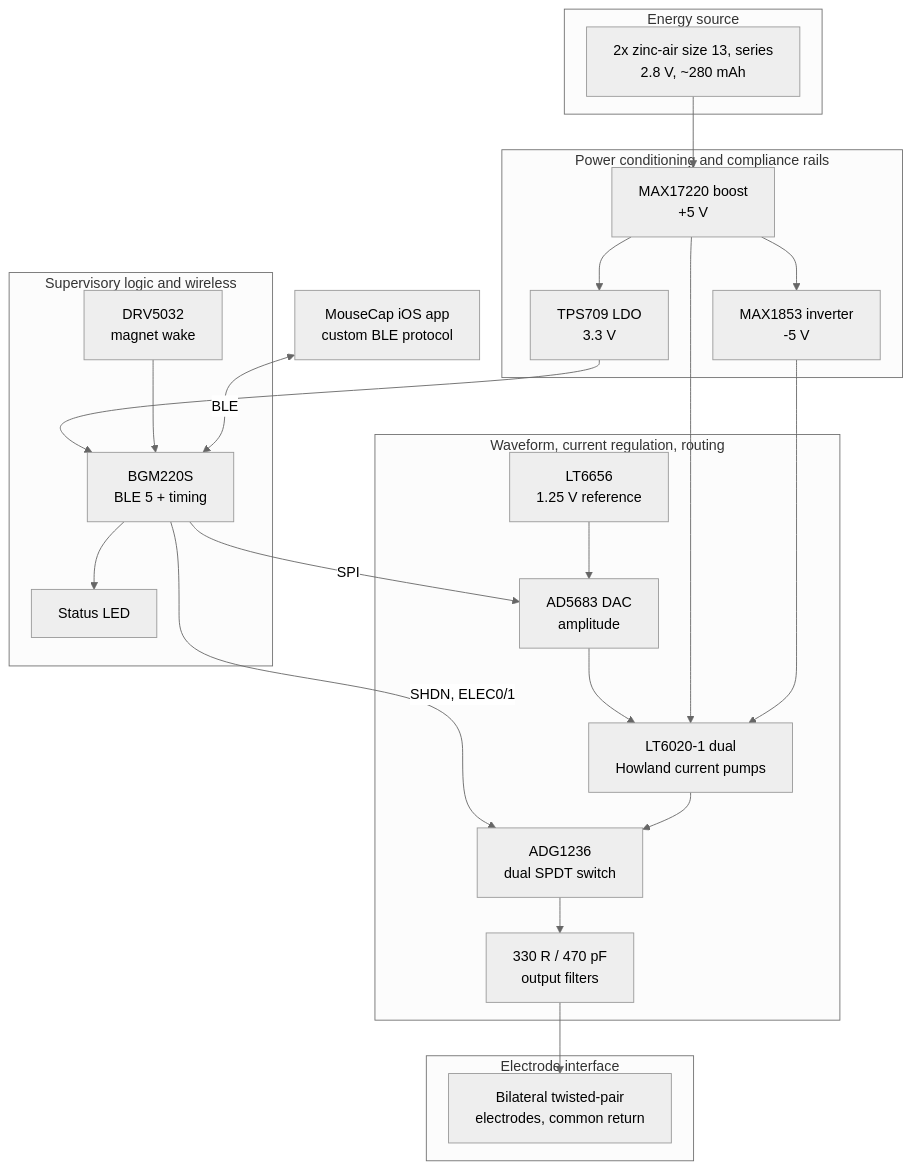
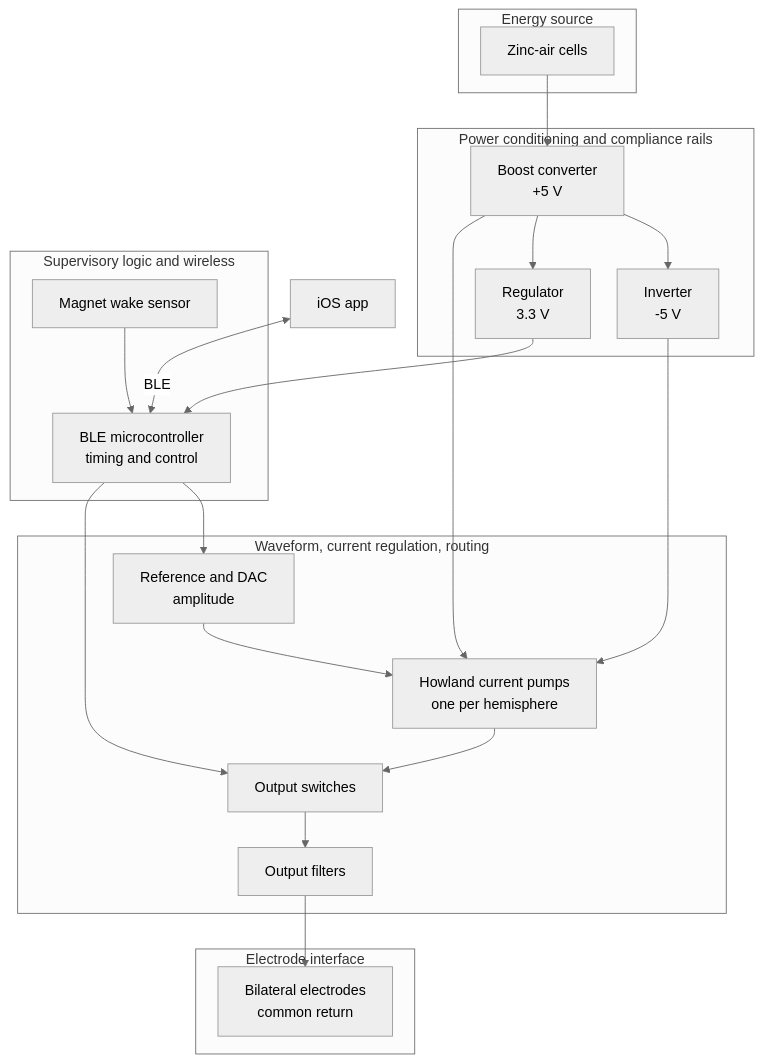
One commit to Neurotech-Hub/CreedDBSReview changed the diagram in manuscript/figures/fig1_architecture.mmd. Above: the diagram before and after it, drawn with Mermaid. The commit also changed 34 other files, not shown here.

```diff
--- a/manuscript/figures/fig1_architecture.mmd
+++ b/manuscript/figures/fig1_architecture.mmd
@@ -1,48 +1,44 @@
 %%{init: {"theme": "neutral", "flowchart": {"curve": "basis", "nodeSpacing": 30, "rankSpacing": 40}}}%%
 flowchart TB
   subgraph energy [Energy source]
-    Cells["2x zinc-air size 13, series<br/>2.8 V, ~280 mAh"]
+    Cells["Zinc-air cells"]
   end
 
   subgraph power [Power conditioning and compliance rails]
-    Boost["MAX17220 boost<br/>+5 V"]
-    Inv["MAX1853 inverter<br/>-5 V"]
-    LDO["TPS709 LDO<br/>3.3 V"]
+    Boost["Boost converter<br/>+5 V"]
+    Inv["Inverter<br/>-5 V"]
+    LDO["Regulator<br/>3.3 V"]
   end
 
   subgraph control [Supervisory logic and wireless]
-    MCU["BGM220S<br/>BLE 5 + timing"]
-    Mag["DRV5032<br/>magnet wake"]
-    LED["Status LED"]
+    MCU["BLE microcontroller<br/>timing and control"]
+    Mag["Magnet wake sensor"]
   end
 
   subgraph analog [Waveform, current regulation, routing]
-    Ref["LT6656<br/>1.25 V reference"]
-    DAC["AD5683 DAC<br/>amplitude"]
-    Howland["LT6020-1 dual<br/>Howland current pumps"]
-    Sw["ADG1236<br/>dual SPDT switch"]
-    Filt["330 R / 470 pF<br/>output filters"]
+    DAC["Reference and DAC<br/>amplitude"]
+    Howland["Howland current pumps<br/>one per hemisphere"]
+    Sw["Output switches"]
+    Filt["Output filters"]
   end
 
   subgraph electrode [Electrode interface]
-    Elec["Bilateral twisted-pair<br/>electrodes, common return"]
+    Elec["Bilateral electrodes<br/>common return"]
   end
 
-  App["MouseCap iOS app<br/>custom BLE protocol"]
+  App["iOS app"]
 
   Cells --> Boost
   Boost --> Inv
   Boost --> LDO
   LDO --> MCU
   Mag --> MCU
-  MCU --> LED
-  Ref --> DAC
-  MCU -->|SPI| DAC
+  MCU --> DAC
   DAC --> Howland
   Boost --> Howland
   Inv --> Howland
-  MCU -->|"SHDN, ELEC0/1"| Sw
+  MCU --> Sw
   Howland --> Sw
   Sw --> Filt
   Filt --> Elec
   App <-->|"BLE"| MCU
```
